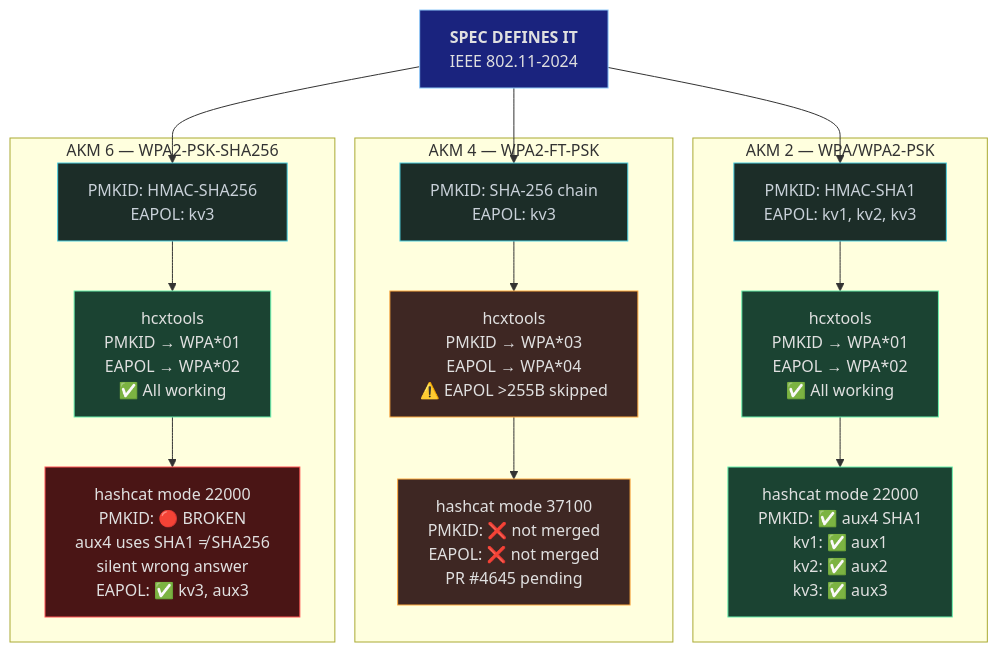
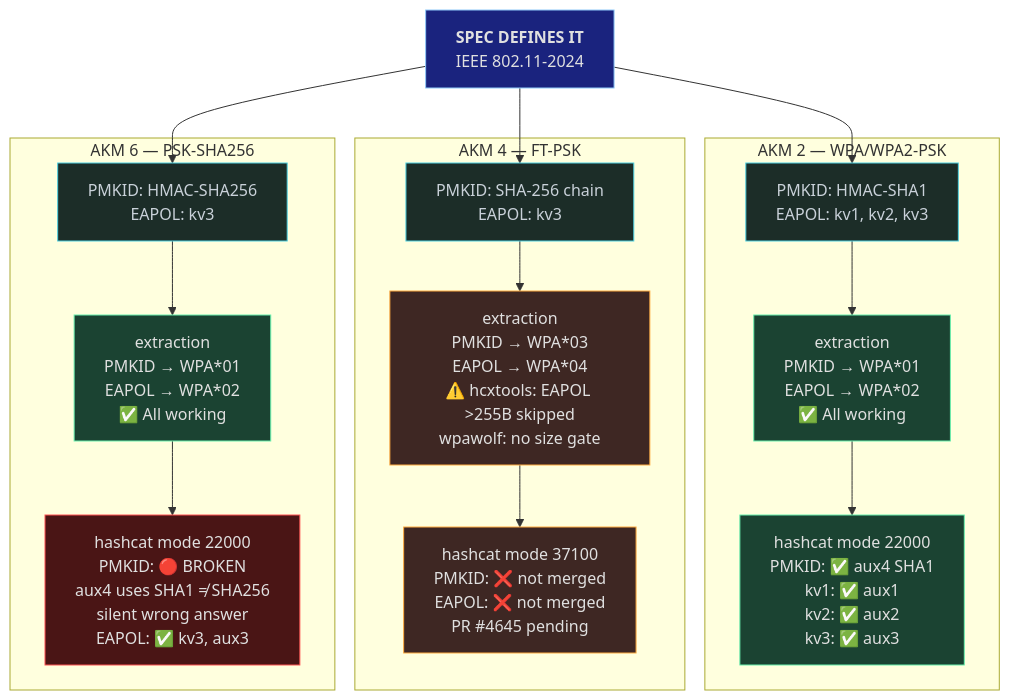
The diagram in docs/reference/gap-table.md (StrongWind1/WiFi_Cracking), drawn with Mermaid before and after one commit. The commit also changed other lines of this file and 27 other files, not shown here.

````diff
--- a/docs/reference/gap-table.md
+++ b/docs/reference/gap-table.md
@@ -41,43 +42,43 @@
 ```mermaid
 flowchart TD
     spec["<b>SPEC DEFINES IT</b><br>IEEE 802.11-2024"]
 
     spec --> akm2_spec
     spec --> akm4_spec
     spec --> akm6_spec
 
     subgraph akm2["AKM 2 — WPA/WPA2-PSK"]
         akm2_spec["PMKID: HMAC-SHA1<br>EAPOL: kv1, kv2, kv3"]
-        akm2_hcx["hcxtools<br>PMKID → WPA*01<br>EAPOL → WPA*02<br>✅ All working"]
+        akm2_hcx["extraction<br>PMKID → WPA*01<br>EAPOL → WPA*02<br>✅ All working"]
         akm2_hc["hashcat mode 22000<br>PMKID: ✅ aux4 SHA1<br>kv1: ✅ aux1<br>kv2: ✅ aux2<br>kv3: ✅ aux3"]
         akm2_spec --> akm2_hcx --> akm2_hc
     end
 
-    subgraph akm4["AKM 4 — WPA2-FT-PSK"]
+    subgraph akm4["AKM 4 — FT-PSK"]
         akm4_spec["PMKID: SHA-256 chain<br>EAPOL: kv3"]
-        akm4_hcx["hcxtools<br>PMKID → WPA*03<br>EAPOL → WPA*04<br>⚠️ EAPOL >255B skipped"]
+        akm4_hcx["extraction<br>PMKID → WPA*03<br>EAPOL → WPA*04<br>⚠️ hcxtools: EAPOL >255B skipped<br>wpawolf: no size gate"]
         akm4_hc["hashcat mode 37100<br>PMKID: ❌ not merged<br>EAPOL: ❌ not merged<br>PR #4645 pending"]
         akm4_spec --> akm4_hcx --> akm4_hc
     end
 
-    subgraph akm6["AKM 6 — WPA2-PSK-SHA256"]
+    subgraph akm6["AKM 6 — PSK-SHA256"]
         akm6_spec["PMKID: HMAC-SHA256<br>EAPOL: kv3"]
-        akm6_hcx["hcxtools<br>PMKID → WPA*01<br>EAPOL → WPA*02<br>✅ All working"]
+        akm6_hcx["extraction<br>PMKID → WPA*01<br>EAPOL → WPA*02<br>✅ All working"]
         akm6_hc["hashcat mode 22000<br>PMKID: 🔴 BROKEN<br>aux4 uses SHA1 ≠ SHA256<br>silent wrong answer<br>EAPOL: ✅ kv3, aux3"]
         akm6_spec --> akm6_hcx --> akm6_hc
     end
 
     classDef working fill:#1b4332,stroke:#69f0ae,color:#e0e0e0
     classDef broken fill:#4a1515,stroke:#ff5252,color:#e0e0e0
     classDef missing fill:#3e2723,stroke:#ffab40,color:#e0e0e0
     classDef specbox fill:#1a237e,stroke:#90caf9,color:#e0e0e0
     classDef neutral fill:#1c2d28,stroke:#4dd0e1,color:#c9d1d9
 
     class spec specbox
     class akm2_spec,akm4_spec,akm6_spec neutral
     class akm2_hcx,akm6_hcx working
     class akm2_hc working
     class akm4_hcx missing
     class akm4_hc missing
     class akm6_hc broken
 ```
````
